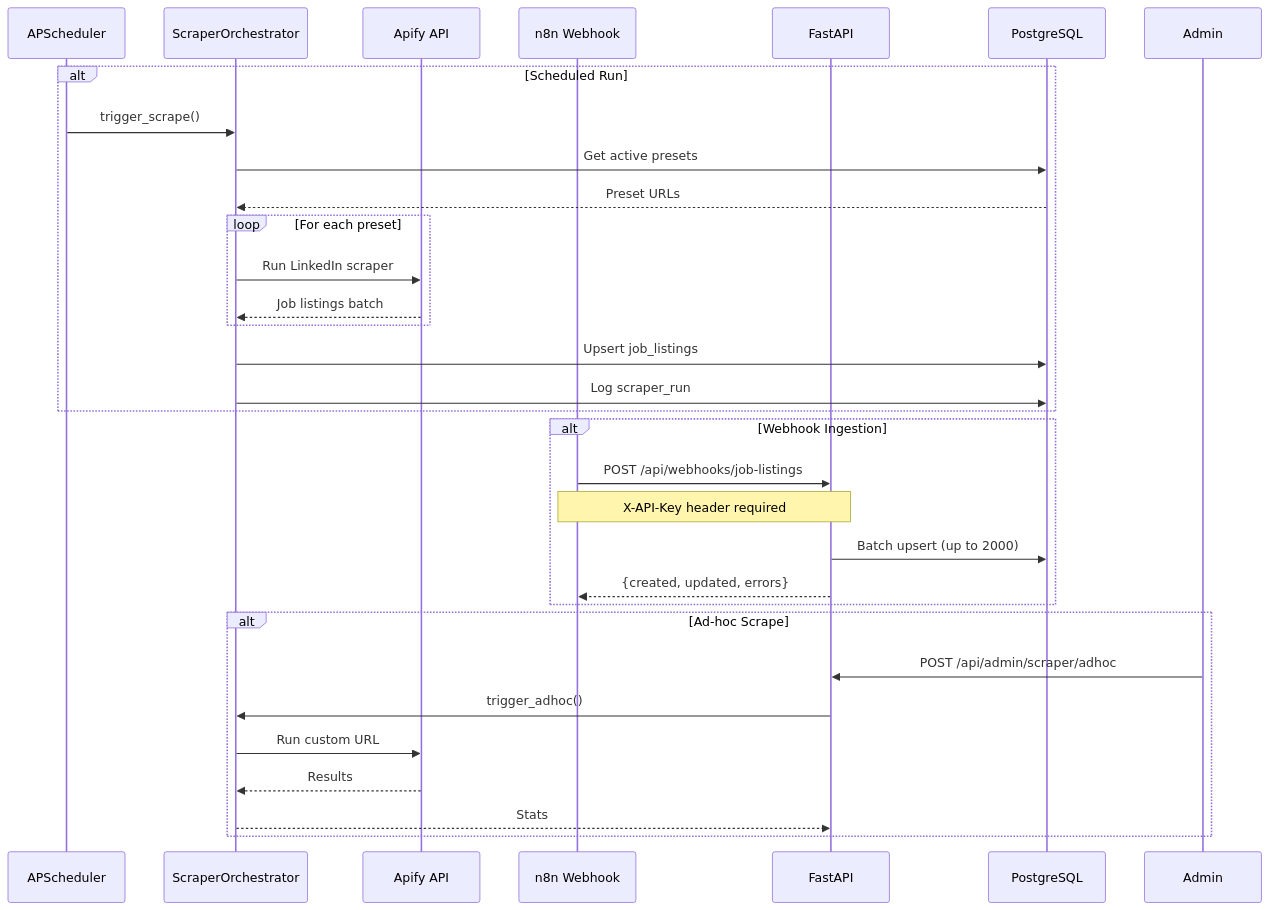
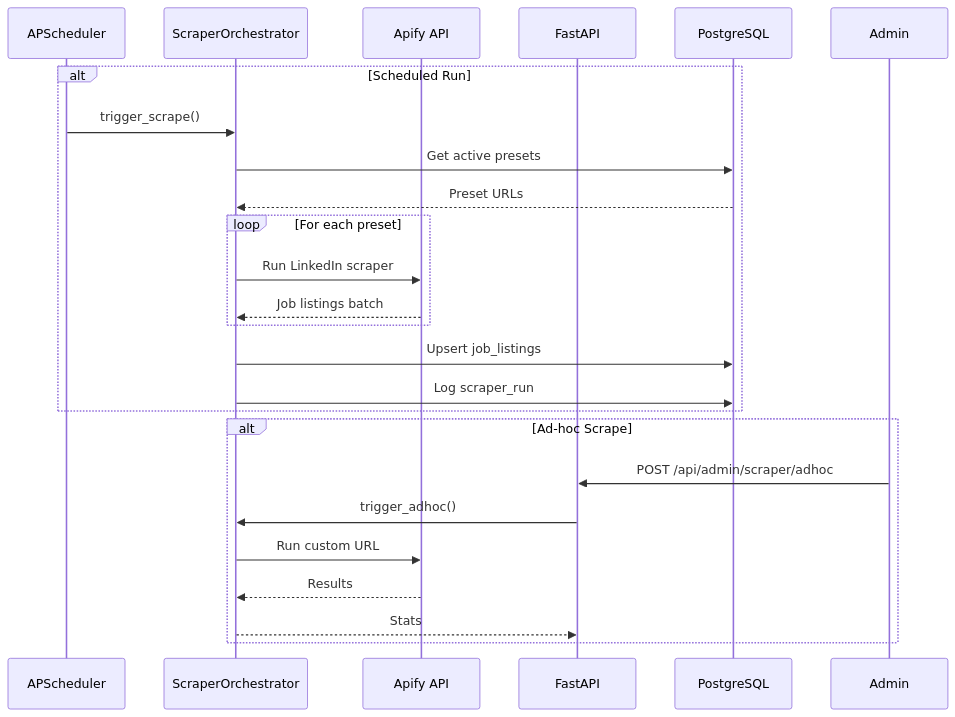
Diagram 27 of 33 in docs/architecture/system-architecture.md (Sungchunn/AI-Resume-Tailor), drawn with Mermaid before and after one commit. The commit also changed other lines of this file and 6 other files, not shown here.

````diff
--- a/docs/architecture/system-architecture.md
+++ b/docs/architecture/system-architecture.md
@@ -1661,38 +1648,30 @@
 ```mermaid
 sequenceDiagram
     participant Scheduler as APScheduler
     participant Orchestrator as ScraperOrchestrator
     participant Apify as Apify API
-    participant Webhook as n8n Webhook
     participant API as FastAPI
     participant DB as PostgreSQL
 
     alt Scheduled Run
         Scheduler->>Orchestrator: trigger_scrape()
         Orchestrator->>DB: Get active presets
         DB-->>Orchestrator: Preset URLs
 
         loop For each preset
             Orchestrator->>Apify: Run LinkedIn scraper
             Apify-->>Orchestrator: Job listings batch
         end
 
         Orchestrator->>DB: Upsert job_listings
         Orchestrator->>DB: Log scraper_run
     end
 
-    alt Webhook Ingestion
-        Webhook->>API: POST /api/webhooks/job-listings
-        Note over Webhook,API: X-API-Key header required
-        API->>DB: Batch upsert (up to 2000)
-        API-->>Webhook: {created, updated, errors}
-    end
-
     alt Ad-hoc Scrape
         Admin->>API: POST /api/admin/scraper/adhoc
         API->>Orchestrator: trigger_adhoc()
         Orchestrator->>Apify: Run custom URL
         Apify-->>Orchestrator: Results
         Orchestrator-->>API: Stats
     end
 ```
````
